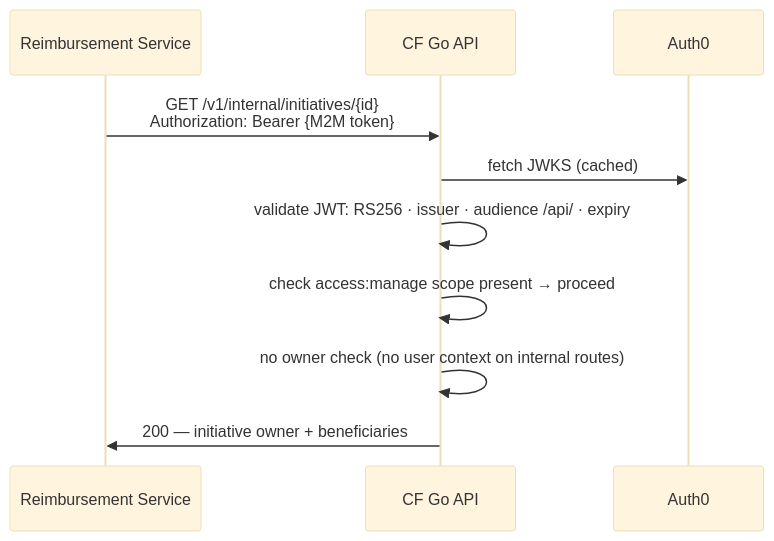
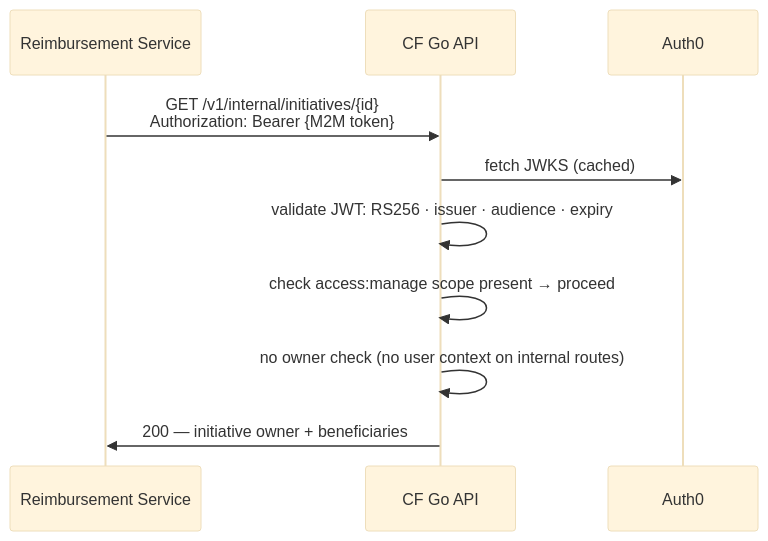
One commit to linuxfoundation/lfx-crowdfunding changed the seventh of 8 diagrams in backend/docs/rewrite/09-authentication-architecture.md. Above: the diagram before and after it, drawn with Mermaid (base theme). The commit also changed other lines of this file and 1 other file, not shown here.

First line of the commit message:
docs: fix audience URLs, Auth0 tenant info, and remove status tracking

````diff
--- a/backend/docs/rewrite/09-authentication-architecture.md
+++ b/backend/docs/rewrite/09-authentication-architecture.md
@@ -299,13 +302,13 @@
 ```mermaid
 sequenceDiagram
     participant RS as Reimbursement Service
     participant API as CF Go API
     participant Auth0
 
     RS->>API: GET /v1/internal/initiatives/{id}<br/>Authorization: Bearer {M2M token}
     API->>Auth0: fetch JWKS (cached)
-    API->>API: validate JWT: RS256 · issuer · audience /api/ · expiry
+    API->>API: validate JWT: RS256 · issuer · audience · expiry
     API->>API: check access:manage scope present → proceed
     API->>API: no owner check (no user context on internal routes)
     API->>RS: 200 — initiative owner + beneficiaries
 ```
````
